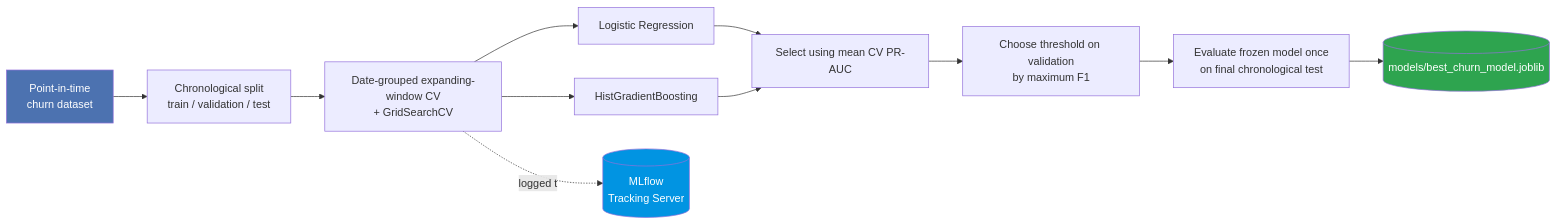
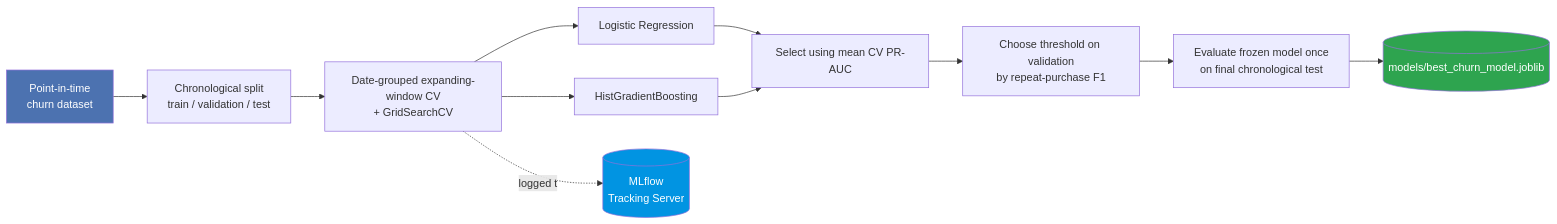
One commit to Harshithpatali/brazilian-ecommerce-data-science changed the third of 3 diagrams in README.md. Above: the diagram before and after it, drawn with Mermaid. The commit also changed other lines of this file, not shown here.

Commit message:
Document repeat-purchase minority event as evaluation positive class

````diff
--- a/README.md
+++ b/README.md
@@ -266,17 +266,17 @@
 ```mermaid
 flowchart LR
     A["Point-in-time<br/>churn dataset"] --> B["Chronological split<br/>train / validation / test"]
     B --> C["Date-grouped expanding-window CV<br/>+ GridSearchCV"]
     C --> D1[Logistic Regression]
     C --> D3[HistGradientBoosting]
     D1 --> E["Select using mean CV PR-AUC"]
     D3 --> E
-    E --> V["Choose threshold on validation<br/>by maximum F1"]
+    E --> V["Choose threshold on validation<br/>by repeat-purchase F1"]
     V --> T["Evaluate frozen model once<br/>on final chronological test"]
     T --> G[("models/best_churn_model.joblib")]
     C -.logged to.-> M[("MLflow<br/>Tracking Server")]
 
     style A fill:#4c72b0,color:#fff
     style G fill:#2ea44f,color:#fff
     style M fill:#0194E2,color:#fff
 ```
````
